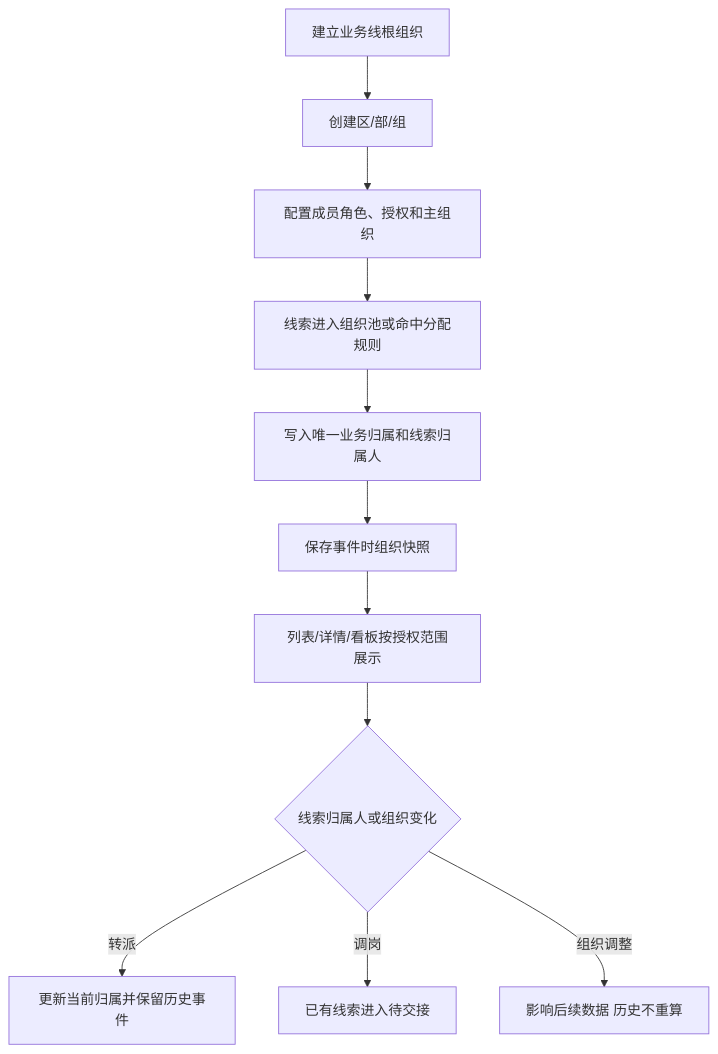
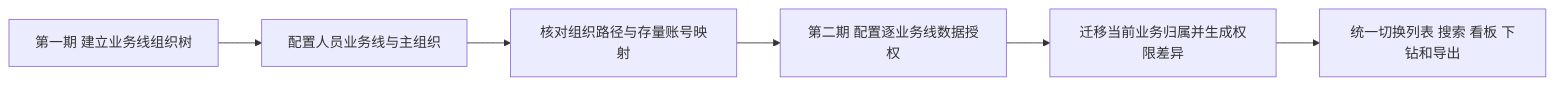
Before and after one commit to h3-ai-lab/hhhprd: the diagram in projects/crm-org-data-permissions/prd/PRD.md, drawn with Mermaid. The commit also changed other lines of this file and 5 other files, not shown here.

````diff
--- a/projects/crm-org-data-permissions/prd/PRD.md
+++ b/projects/crm-org-data-permissions/prd/PRD.md
@@ -74,13 +64,8 @@
 ```mermaid
-flowchart TD
-    A[建立业务线根组织] --> B[创建区/部/组]
-    B --> C[配置成员角色、授权和主组织]
-    C --> D[线索进入组织池或命中分配规则]
-    D --> E[写入唯一业务归属和线索归属人]
-    E --> F[保存事件时组织快照]
-    F --> G[列表/详情/看板按授权范围展示]
-    G --> H{线索归属人或组织变化}
-    H -->|转派| I[更新当前归属并保留历史事件]
-    H -->|调岗| J[已有线索进入待交接]
-    H -->|组织调整| K[影响后续数据 历史不重算]
+flowchart LR
+    A[第一期 建立业务线组织树] --> B[配置人员业务线与主组织]
+    B --> C[核对组织路径与存量账号映射]
+    C --> D[第二期 配置逐业务线数据授权]
+    D --> E[迁移当前业务归属并生成权限差异]
+    E --> F[统一切换列表 搜索 看板 下钻和导出]
 ```
````
